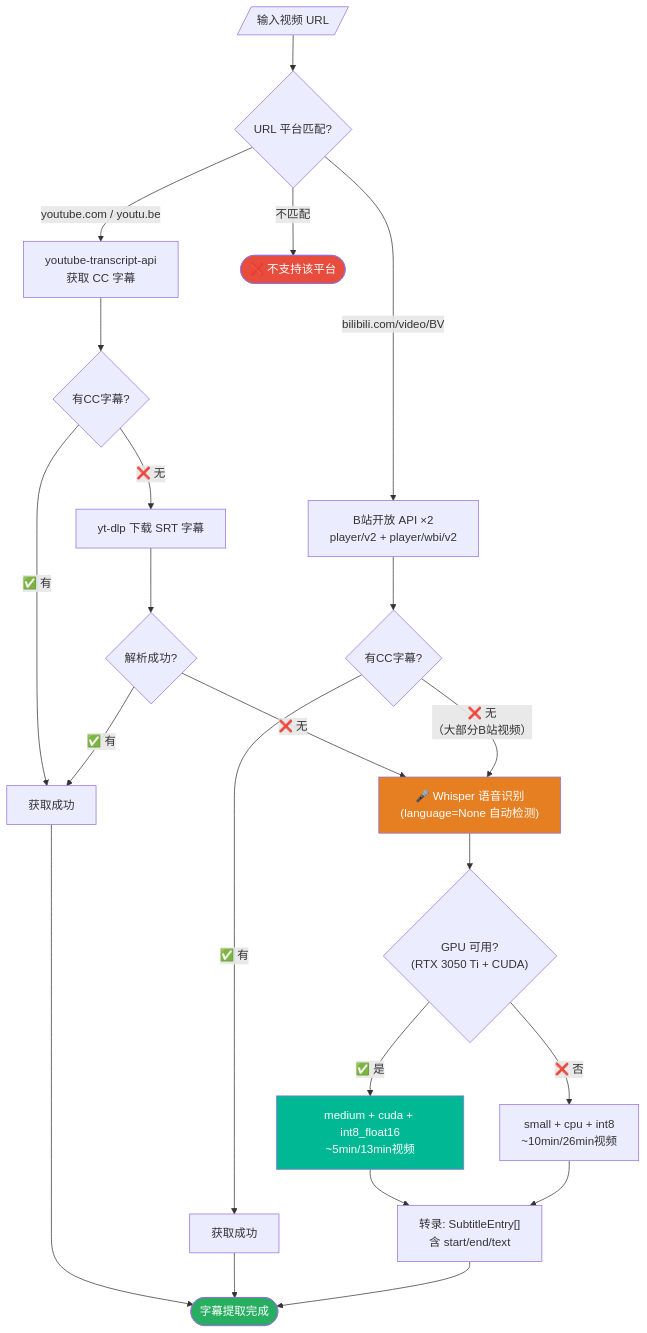
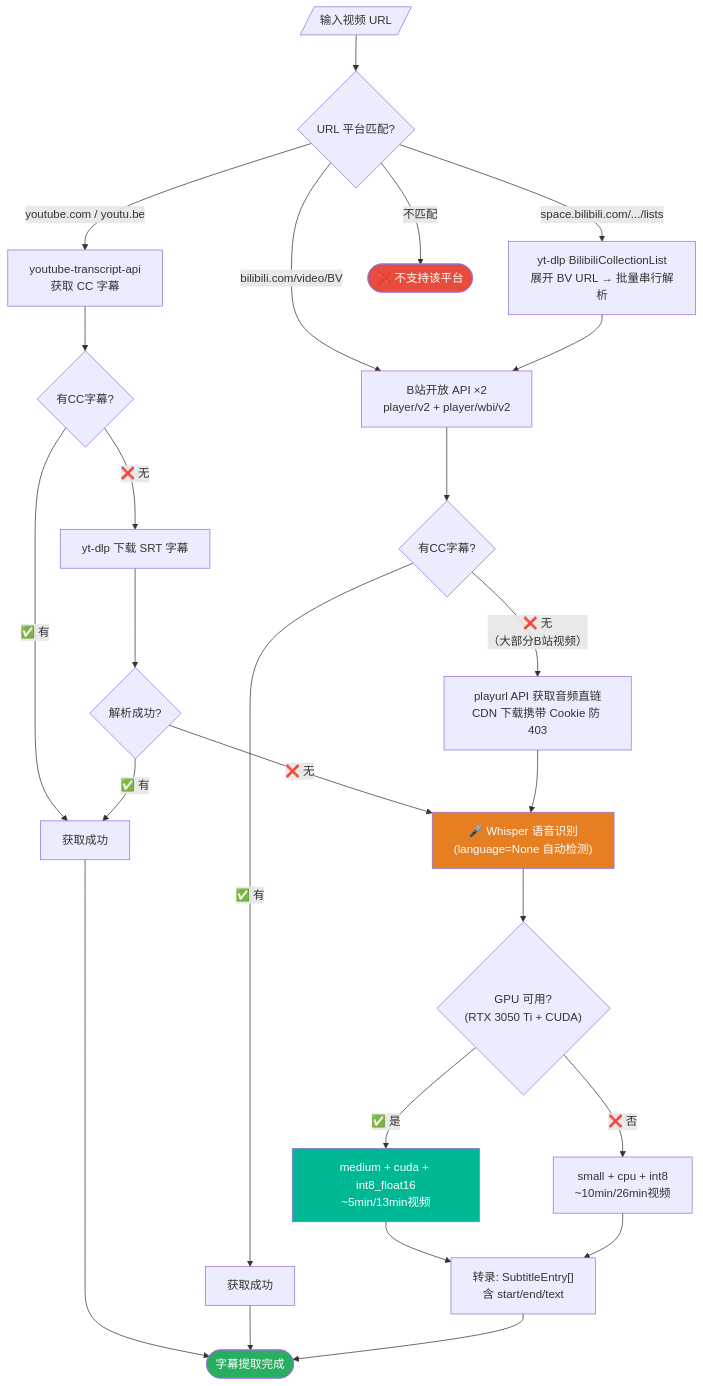
One commit to zoneby-Alex/scan changed the second of 9 diagrams in 迭代文档/流程图.md. Above: the diagram before and after it, drawn with Mermaid. The commit also changed other lines of this file and 4 other files, not shown here.

````diff
--- a/迭代文档/流程图.md
+++ b/迭代文档/流程图.md
@@ -52,36 +55,39 @@
 ```mermaid
 flowchart TD
     URL[/"输入视频 URL"/] --> MATCH{"URL 平台匹配?"}
     
     MATCH -->|"youtube.com / youtu.be"| YT_API["youtube-transcript-api<br/>获取 CC 字幕"]
     MATCH -->|"bilibili.com/video/BV"| BL_API["B站开放 API ×2<br/>player/v2 + player/wbi/v2"]
+    MATCH -->|"space.bilibili.com/.../lists"| BL_LIST["yt-dlp BilibiliCollectionList<br/>展开 BV URL → 批量串行解析"]
+    BL_LIST --> BL_API
     MATCH -->|"不匹配"| ERR1(["❌ 不支持该平台"])
     
     YT_API --> YT_OK{"有CC字幕?"}
     YT_OK -->|"✅ 有"| YT_PASS["获取成功"]
     YT_OK -->|"❌ 无"| YTDLP["yt-dlp 下载 SRT 字幕"]
     
     YTDLP --> YTDLP_OK{"解析成功?"}
     YTDLP_OK -->|"✅ 有"| YT_PASS
     YTDLP_OK -->|"❌ 无"| WHISPER
     
     BL_API --> BL_OK{"有CC字幕?"}
     BL_OK -->|"✅ 有"| BL_PASS["获取成功"]
-    BL_OK -->|"❌ 无<br/>（大部分B站视频）"| WHISPER
+    BL_OK -->|"❌ 无<br/>（大部分B站视频）"| BL_AUDIO["playurl API 获取音频直链<br/>CDN 下载携带 Cookie 防 403"]
+    BL_AUDIO --> WHISPER
     
     WHISPER["🎤 Whisper 语音识别<br/>(language=None 自动检测)"]
     WHISPER --> GPU_DETECT{"GPU 可用?<br/>(RTX 3050 Ti + CUDA)"}
     GPU_DETECT -->|"✅ 是"| GPU_MODEL["medium + cuda + int8_float16<br/>~5min/13min视频"]
     GPU_DETECT -->|"❌ 否"| CPU_MODEL["small + cpu + int8<br/>~10min/26min视频"]
     GPU_MODEL --> WHISPER_PASS
     CPU_MODEL --> WHISPER_PASS["转录: SubtitleEntry[]<br/>含 start/end/text"]
     
     YT_PASS --> DONE_EXT(["字幕提取完成"])
     BL_PASS --> DONE_EXT
     WHISPER_PASS --> DONE_EXT
     
     style WHISPER fill:#e67e22,color:#fff
     style GPU_MODEL fill:#00b894,color:#fff
     style DONE_EXT fill:#27ae60,color:#fff
     style ERR1 fill:#e74c3c,color:#fff
 ```
````
